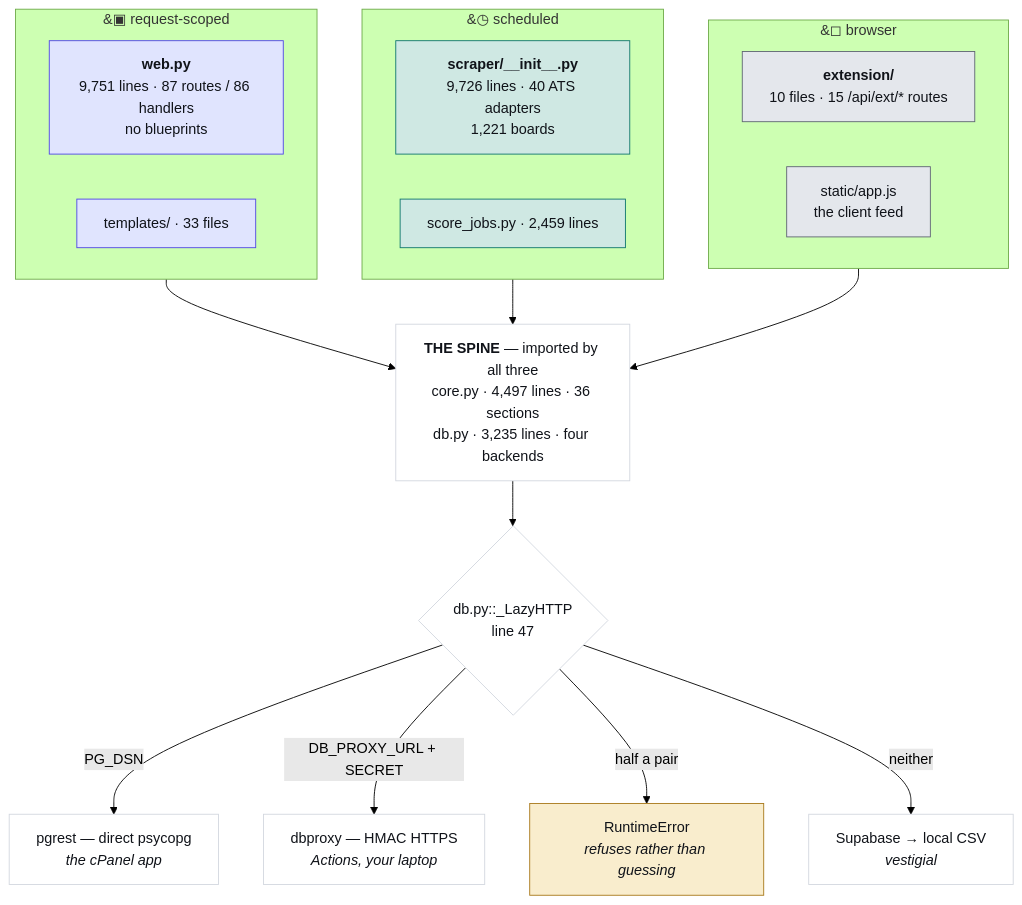
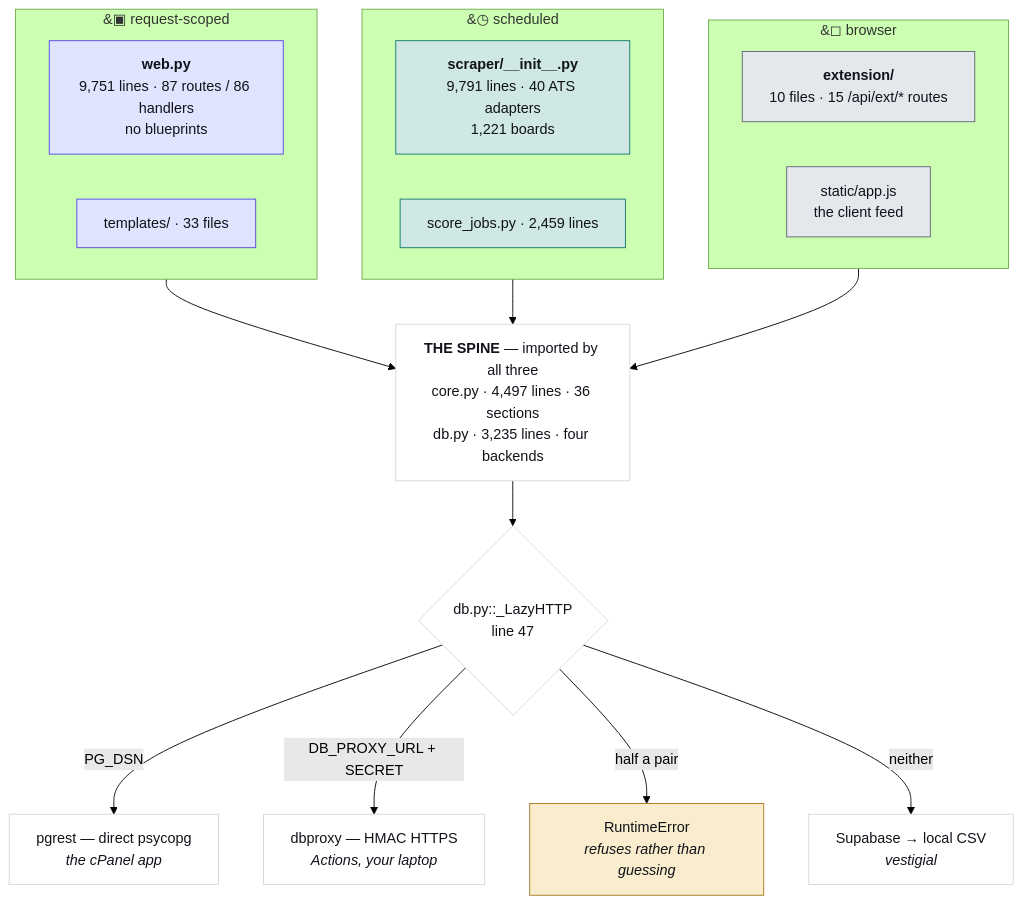
Before and after one commit to hadakunal909-debug/job-search-tool: the first of 4 diagrams in JobMatch Scraper/docs/ARCHITECTURE.md, drawn with Mermaid (forest theme). The commit also changed other lines of this file and 7 other files, not shown here.

````diff
--- a/JobMatch Scraper/docs/ARCHITECTURE.md
+++ b/JobMatch Scraper/docs/ARCHITECTURE.md
@@ -45,34 +45,34 @@
 ```mermaid
 flowchart TB
   subgraph REQ["&#9635; request-scoped"]
     W["<b>web.py</b><br/>9,751 lines · 87 routes / 86 handlers<br/>no blueprints"]
     T["templates/ · 33 files"]
   end
   subgraph SCH["&#9719; scheduled"]
-    S["<b>scraper/__init__.py</b><br/>9,726 lines · 40 ATS adapters<br/>1,221 boards"]
+    S["<b>scraper/__init__.py</b><br/>9,791 lines · 40 ATS adapters<br/>1,221 boards"]
     J["score_jobs.py · 2,459 lines"]
   end
   subgraph CLI["&#9723; browser"]
     E["<b>extension/</b><br/>10 files · 15 /api/ext/* routes"]
     A["static/app.js<br/>the client feed"]
   end
   SPINE["<b>THE SPINE</b> — imported by all three<br/>core.py · 4,497 lines · 36 sections<br/>db.py · 3,235 lines · four backends"]
   REQ --> SPINE
   SCH --> SPINE
   CLI --> SPINE
   SPINE --> D{"db.py::_LazyHTTP<br/>line 47"}
   D -->|"PG_DSN"| P["pgrest — direct psycopg<br/><i>the cPanel app</i>"]
   D -->|"DB_PROXY_URL + SECRET"| X["dbproxy — HMAC HTTPS<br/><i>Actions, your laptop</i>"]
   D -->|"half a pair"| R["RuntimeError<br/><i>refuses rather than guessing</i>"]
   D -->|"neither"| V["Supabase → local CSV<br/><i>vestigial</i>"]
   classDef web fill:#e0e4fe,stroke:#4f46e5,color:#101319
   classDef sched fill:#cfe8e3,stroke:#0f766e,color:#101319
   classDef client fill:#e4e7ec,stroke:#5f6573,color:#101319
   classDef trap fill:#f9edcd,stroke:#a8781a,color:#101319
   classDef plain fill:#ffffff,stroke:#d3d7df,color:#101319
   class W,T web
   class S,J sched
   class E,A client
   class R trap
   class SPINE,D,P,X,V plain
 ```
````
